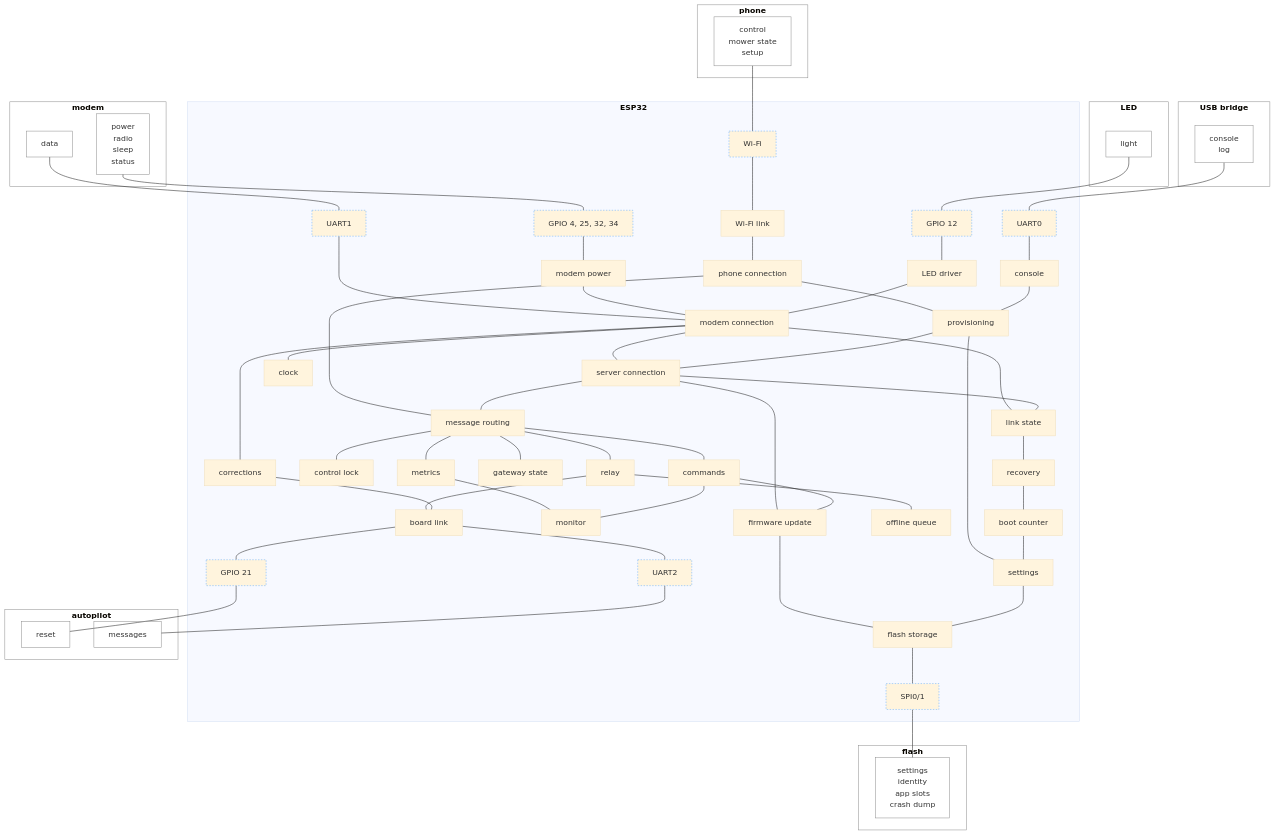
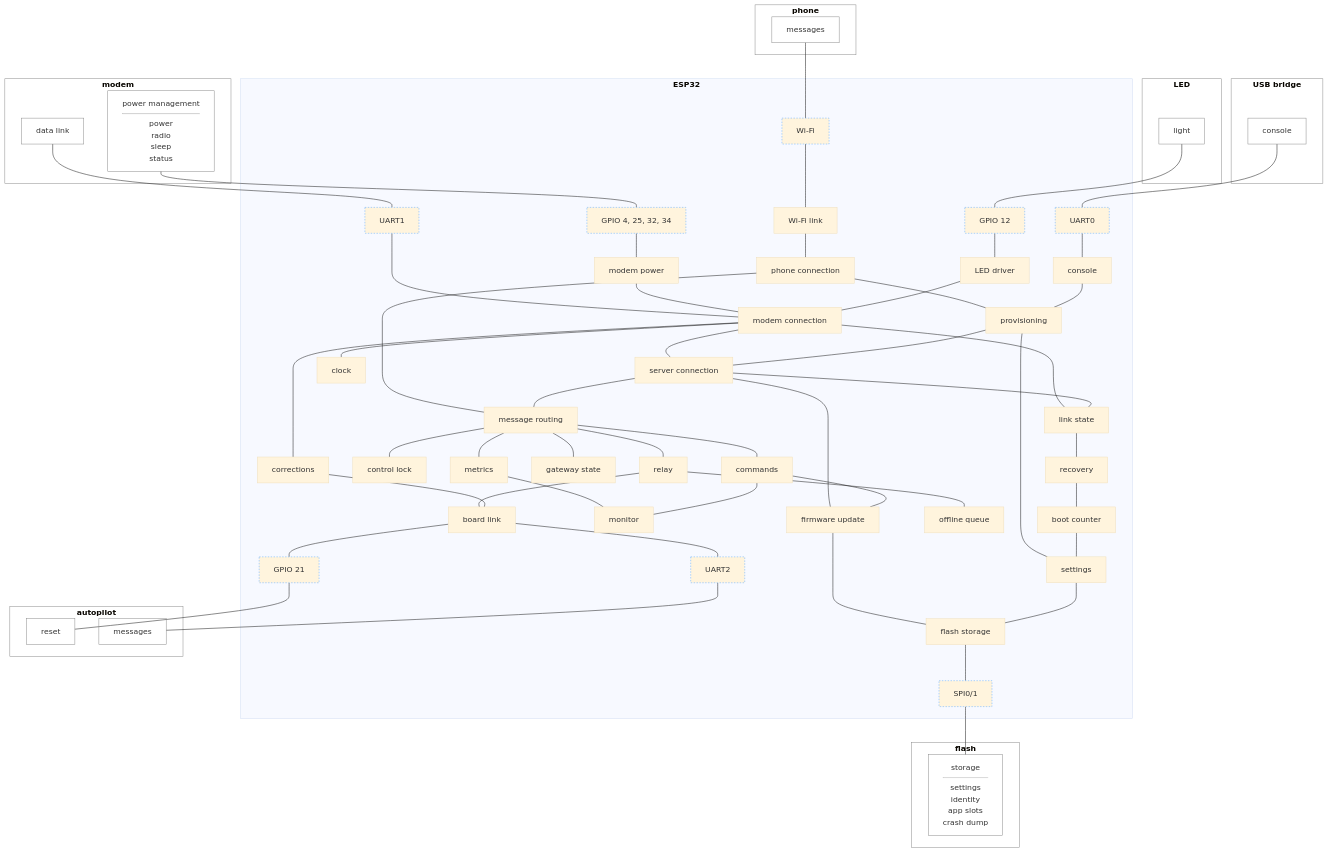
The diagram in .esp-architecture/diagrams/block-draft.md (rmx-lt/rmx-mower-gateway), drawn with Mermaid (base theme) before and after one commit. The commit also changed other lines of this file and 1 other file, not shown here.

Commit message:
Draft: aspects

````diff
--- a/.esp-architecture/diagrams/block-draft.md
+++ b/.esp-architecture/diagrams/block-draft.md
@@ -5,17 +5,17 @@
 ```mermaid
 flowchart TD
   subgraph modem["<b>modem</b>"]
-    mctl["power<br/>radio<br/>sleep<br/>status"]
-    mdata["data"]
+    mctl["power management<hr/>power<br/>radio<br/>sleep<br/>status"]
+    mdata["data link"]
   end
   subgraph led["<b>LED</b>"]
     lparts["light"]
   end
   subgraph ph["<b>phone</b>"]
-    pparts["control<br/>mower state<br/>setup"]
+    pparts["messages"]
   end
   subgraph usb["<b>USB bridge</b>"]
-    uparts["console<br/>log"]
+    uparts["console"]
   end
   subgraph cpu["<b>ESP32</b>"]
     u1["UART1"]
@@ -57,7 +57,7 @@
     amsg["messages"]
   end
   subgraph fl["<b>flash</b>"]
-    fparts["settings<br/>identity<br/>app slots<br/>crash dump"]
+    fparts["storage<hr/>settings<br/>identity<br/>app slots<br/>crash dump"]
   end
   mdata --- u1 --- conn
   mctl --- gm --- pwr --- conn
````
